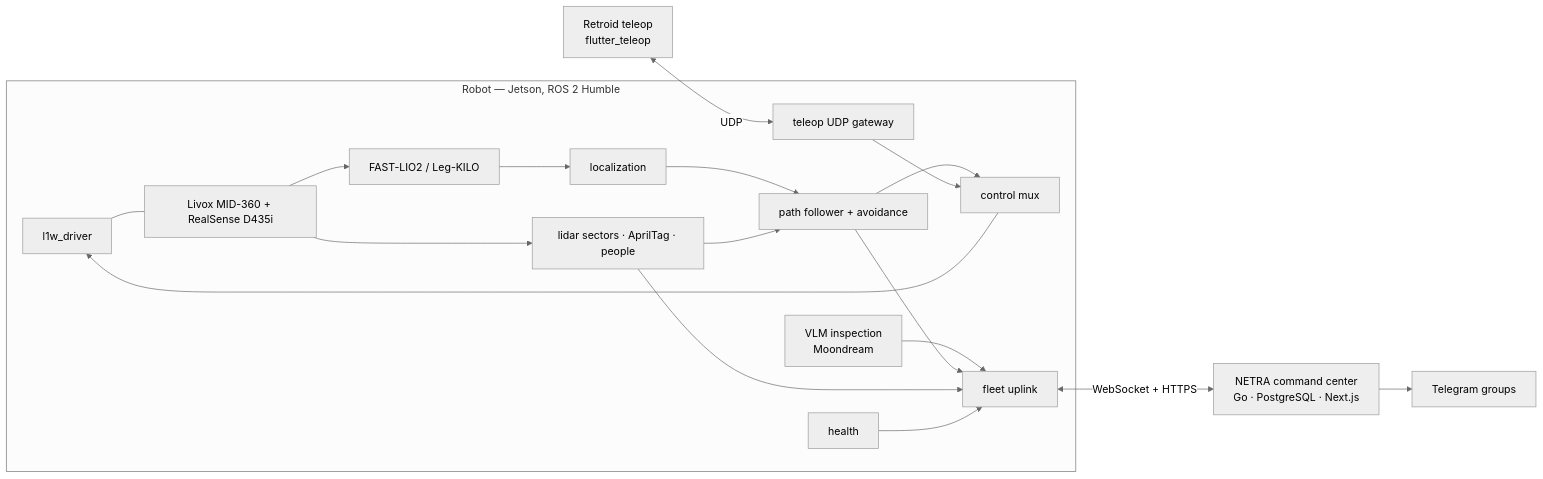
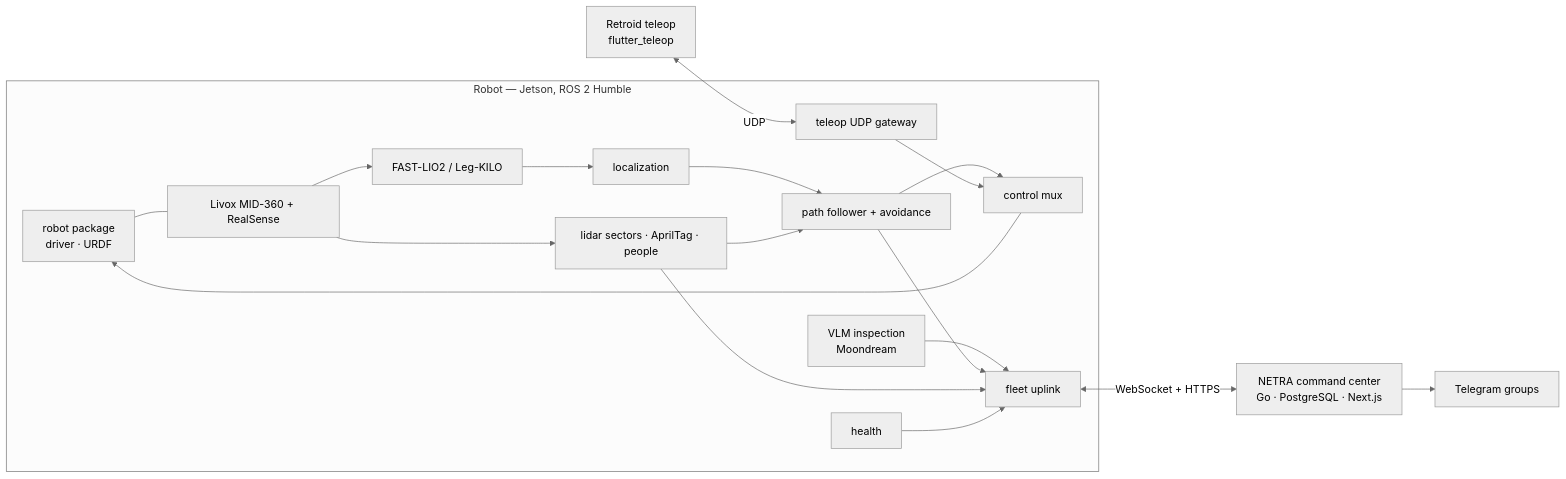
One commit to DarmawanRobotics/Pashupati changed the diagram in README.md. Above: the diagram before and after it, drawn with Mermaid (neutral theme). The commit also changed other lines of this file and 49 other files, not shown here.

````diff
--- a/README.md
+++ b/README.md
@@ -37,19 +37,19 @@
 ```mermaid
 flowchart LR
     subgraph Robot[Robot — Jetson, ROS 2 Humble]
-        DRV[l1w_driver] --- SENS[Livox MID-360 + RealSense D435i]
+        DRV[robot package<br/>driver · URDF] --- SENS[Livox MID-360 + RealSense]
         SENS --> FL[FAST-LIO2 / Leg-KILO] --> LOC[localization]
         SENS --> PER[lidar sectors · AprilTag · people]
         LOC --> NAV[path follower + avoidance]
         PER --> NAV
         NAV --> MUX[control mux] --> DRV
         INS[VLM inspection<br/>Moondream] --> UP[fleet uplink]
         NAV --> UP
         PER --> UP
         HL[health] --> UP
         TEL[teleop UDP gateway] --> MUX
     end
     PAD[Retroid teleop<br/>flutter_teleop] <-- UDP --> TEL
     UP <-- WebSocket + HTTPS --> NETRA[NETRA command center<br/>Go · PostgreSQL · Next.js]
     NETRA --> TG[Telegram groups]
 ```
````
